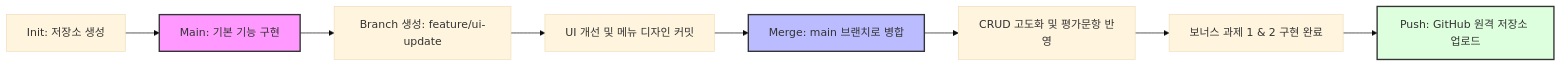
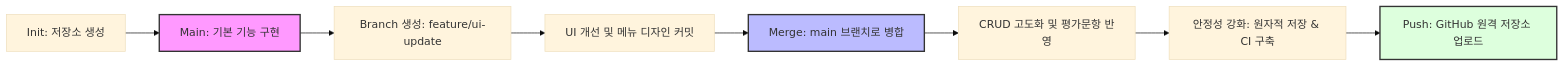
Before and after one commit to mustiolla/prompt_manager: the diagram in A1-1_Summary.md, drawn with Mermaid (base theme). The commit also changed other lines of this file and 2 other files, not shown here.

````diff
--- a/A1-1_Summary.md
+++ b/A1-1_Summary.md
@@ -87,14 +90,14 @@
 ```mermaid
 graph LR
     A[Init: 저장소 생성] --> B[Main: 기본 기능 구현]
     B --> C[Branch 생성: feature/ui-update]
     C --> D[UI 개선 및 메뉴 디자인 커밋]
     D --> E[Merge: main 브랜치로 병합]
     E --> F[CRUD 고도화 및 평가문항 반영]
-    F --> G[보너스 과제 1 & 2 구현 완료]
+    F --> G[안정성 강화: 원자적 저장 & CI 구축]
     G --> H[Push: GitHub 원격 저장소 업로드]
     
     style B fill:#f9f,stroke:#333,stroke-width:2px
     style E fill:#bbf,stroke:#333,stroke-width:2px
     style H fill:#dfd,stroke:#333,stroke-width:2px
 ```
````
